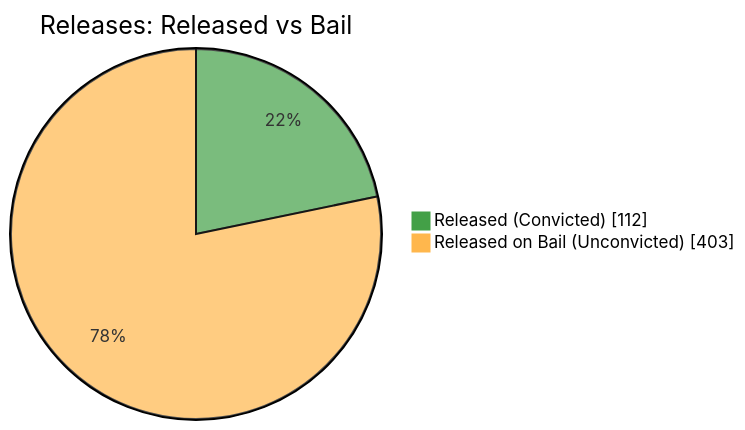
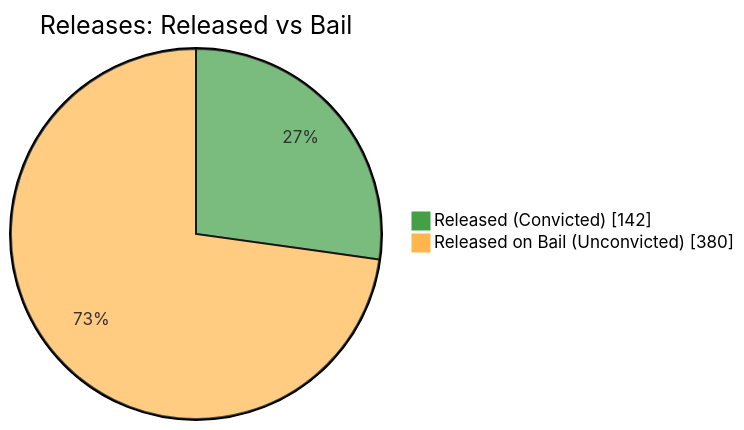
One commit to nuuuwan/lk_prisons changed the fifth of 7 diagrams in README.md. Above: the diagram before and after it, drawn with Mermaid. The commit also changed other lines of this file and 1 other file, not shown here.

````diff
--- a/README.md
+++ b/README.md
@@ -87,6 +87,6 @@
 ```mermaid
 %%{init: {'themeVariables': {'pie1': '#43A047', 'pie2': '#FFB74D'}}}%%
 pie showData title Releases: Released vs Bail
-    "Released (Convicted)" : 112
-    "Released on Bail (Unconvicted)" : 403
+    "Released (Convicted)" : 142
+    "Released on Bail (Unconvicted)" : 380
 ```
````
